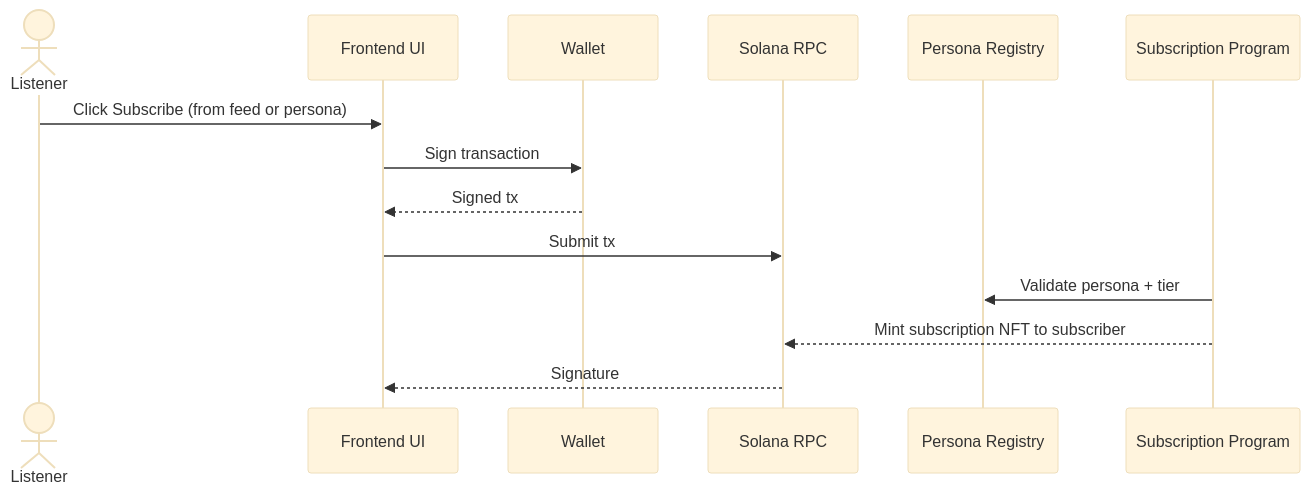
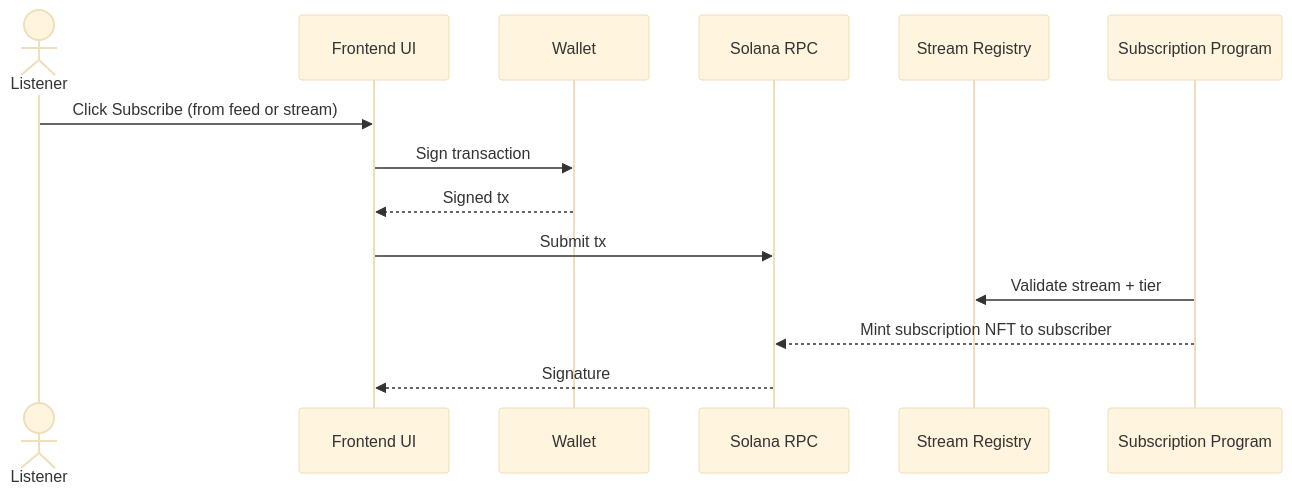
One commit to heemankv/sigints.club changed the fourth of 6 diagrams in documents/Sequence_Diagrams.md. Above: the diagram before and after it, drawn with Mermaid (base theme). The commit also changed other lines of this file and 137 other files, not shown here.

Commit message:
Update Tapestry-first flow and docs

````diff
--- a/documents/Sequence_Diagrams.md
+++ b/documents/Sequence_Diagrams.md
@@ -105,17 +100,17 @@
 ```mermaid
 sequenceDiagram
   actor Listener
   participant UI as Frontend UI
   participant Wallet
   participant RPC as Solana RPC
-  participant Registry as Persona Registry
+  participant Registry as Stream Registry
   participant SubProg as Subscription Program
 
-  Listener->>UI: Click Subscribe (from feed or persona)
+  Listener->>UI: Click Subscribe (from feed or stream)
   UI->>Wallet: Sign transaction
   Wallet-->>UI: Signed tx
   UI->>RPC: Submit tx
-  SubProg->>Registry: Validate persona + tier
+  SubProg->>Registry: Validate stream + tier
   SubProg-->>RPC: Mint subscription NFT to subscriber
   RPC-->>UI: Signature
 ```
````
